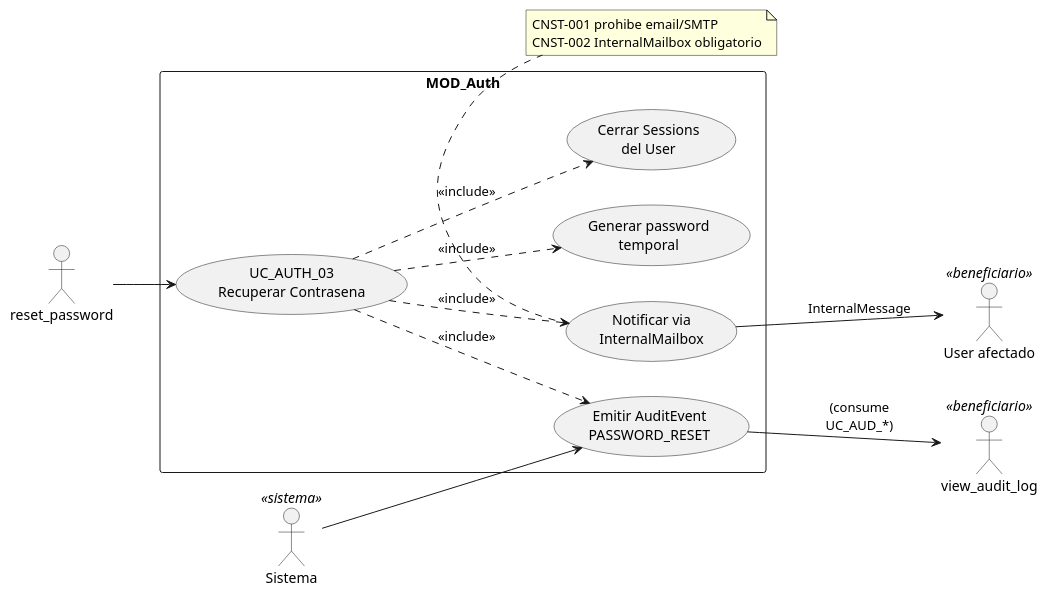
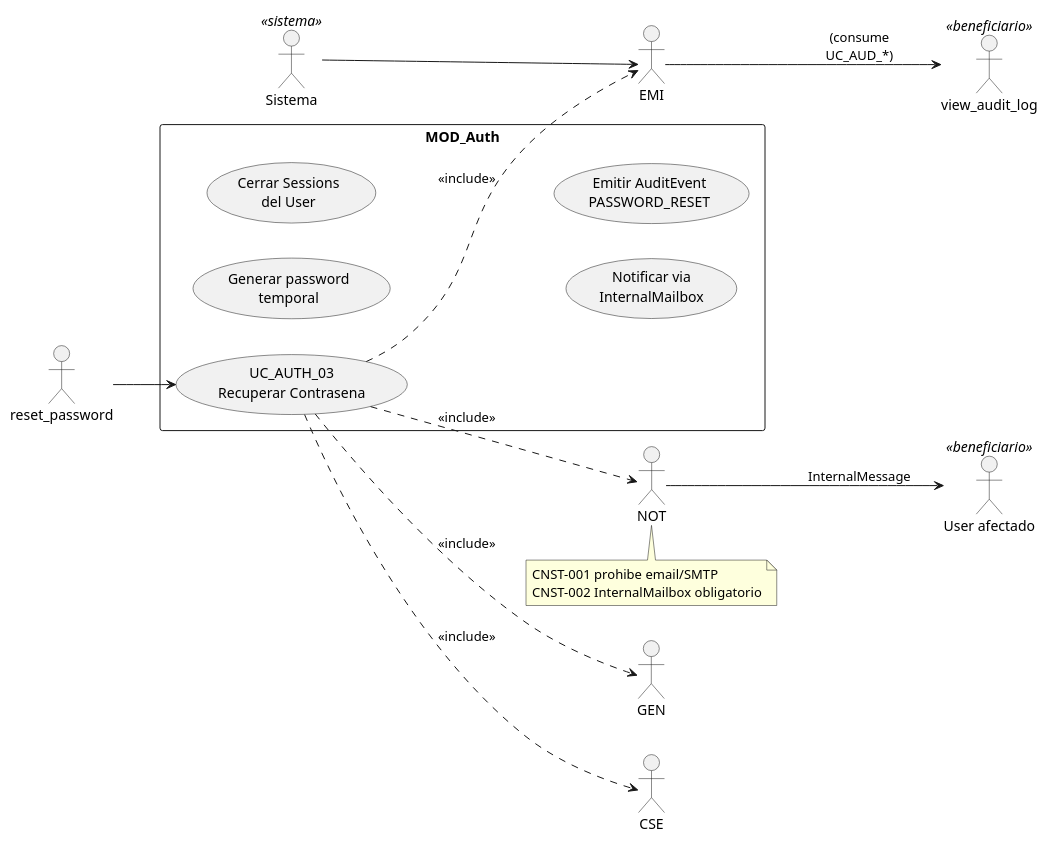
The diagram in source/requisitos/casos-uso/auth/uc-auth-03/diagramas-uml/diagrama-de-caso-de-uso.rst (jcg-admin/IACT-docs), drawn with PlantUML before and after one commit. The commit also changed 47 other files, not shown here.

First line of the commit message:
Fix cryptic PlantUML aliases in UC and architecture files (STD_011)

```diff
--- a/source/requisitos/casos-uso/auth/uc-auth-03/diagramas-uml/diagrama-de-caso-de-uso.rst
+++ b/source/requisitos/casos-uso/auth/uc-auth-03/diagramas-uml/diagrama-de-caso-de-uso.rst
@@ -4,35 +4,35 @@
 .. uml::
  :caption: UC_AUTH_03 — actores y casos asociados
 
  @startuml
 
  left to right direction
 
  actor "reset_password" as ADMIN
  actor "User afectado" as USER <<beneficiario>>
  actor "view_audit_log" as view_audit_log <<beneficiario>>
  actor "Sistema" as Sistema <<sistema>>
 
  rectangle "MOD_Auth" {
    usecase "UC_AUTH_03\nRecuperar Contrasena" as UC03
-   usecase "Generar password\ntemporal" as GEN
-   usecase "Cerrar Sessions\ndel User" as CSE
-   usecase "Notificar via\nInternalMailbox" as NOT
-   usecase "Emitir AuditEvent\nPASSWORD_RESET" as EMI
+   usecase "Generar password\ntemporal" as GenerarDato
+   usecase "Cerrar Sessions\ndel User" as CerrarSesiones
+   usecase "Notificar via\nInternalMailbox" as NotificacionMailbox
+   usecase "Emitir AuditEvent\nPASSWORD_RESET" as AuditEmitter
  }
 
  ADMIN --> UC03
  UC03 ..> GEN : <<include>>
  UC03 ..> CSE : <<include>>
  UC03 ..> NOT : <<include>>
  UC03 ..> EMI : <<include>>
  NOT --> USER : InternalMessage
  Sistema --> EMI
  EMI --> view_audit_log : (consume\nUC_AUD_*)
 
  note bottom of NOT
    CNST-001 prohibe email/SMTP
    CNST-002 InternalMailbox obligatorio
  end note
 
  @enduml
```
